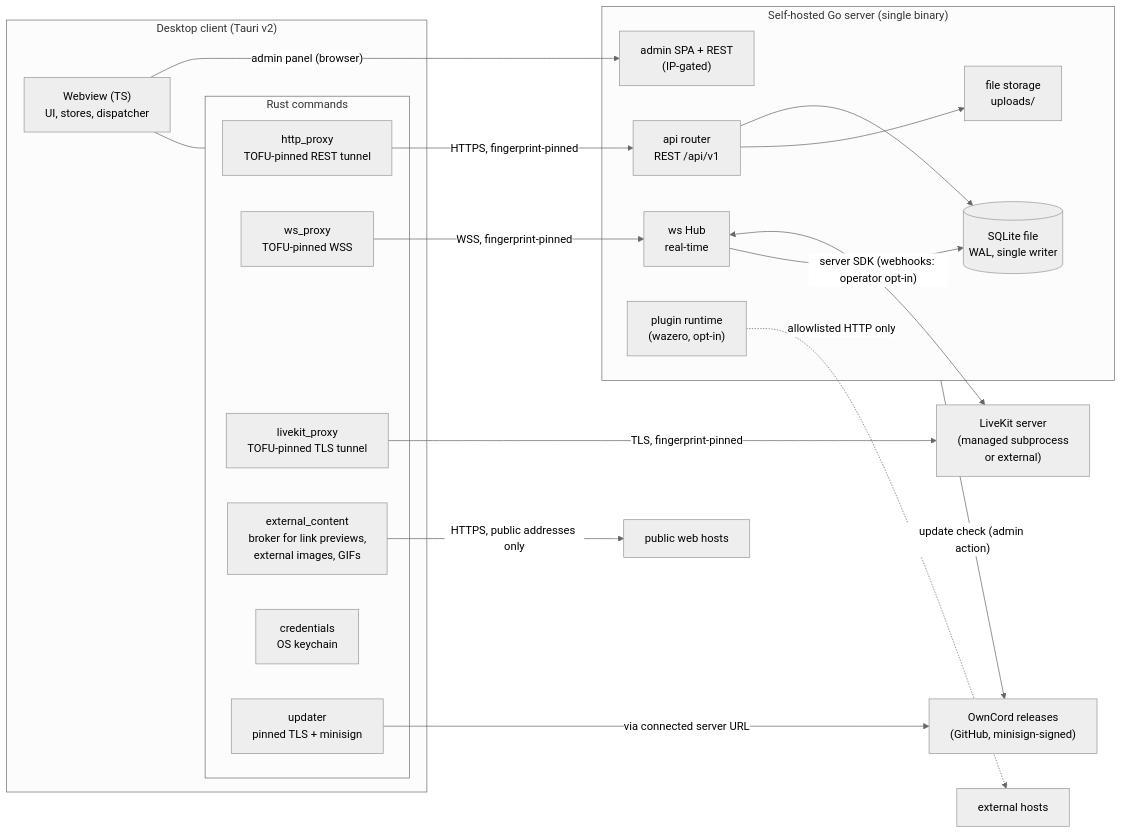
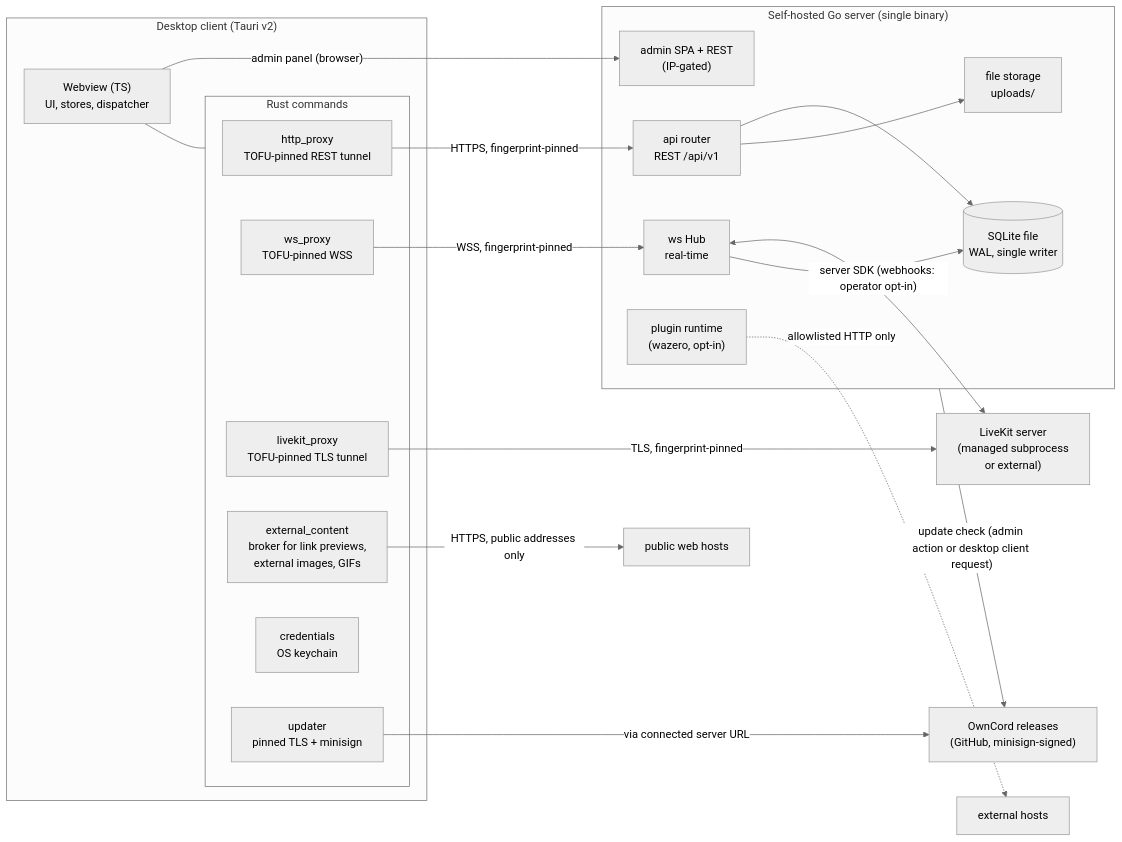
The first of 2 diagrams in docs/architecture/system-overview.md (J3vb/OwnCord), drawn with Mermaid (neutral theme) before and after one commit. The commit also changed 3 other files, not shown here.

First line of the commit message:
docs(architecture): correct four reference claims found in review

````diff
--- a/docs/architecture/system-overview.md
+++ b/docs/architecture/system-overview.md
@@ -19,41 +19,41 @@
 ```mermaid
 flowchart LR
     subgraph desktop ["Desktop client (Tauri v2)"]
         WV["Webview (TS)<br/>UI, stores, dispatcher"]
         subgraph sidecars ["Rust commands"]
             HTP["http_proxy<br/>TOFU-pinned REST tunnel"]
             WSP["ws_proxy<br/>TOFU-pinned WSS"]
             LKP["livekit_proxy<br/>TOFU-pinned TLS tunnel"]
             EXT["external_content<br/>broker for link previews,<br/>external images, GIFs"]
             CRD["credentials<br/>OS keychain"]
             UPD["updater<br/>pinned TLS + minisign"]
         end
         WV --- sidecars
     end
 
     subgraph server ["Self-hosted Go server (single binary)"]
         RTR["api router<br/>REST /api/v1"]
         HUB["ws Hub<br/>real-time"]
         ADM["admin SPA + REST<br/>(IP-gated)"]
         PLG["plugin runtime<br/>(wazero, opt-in)"]
         DBF[("SQLite file<br/>WAL, single writer")]
         UPS["file storage<br/>uploads/"]
     end
 
     LK["LiveKit server<br/>(managed subprocess<br/>or external)"]
     REL["OwnCord releases<br/>(GitHub, minisign-signed)"]
     WEB["public web hosts"]
 
     HTP -->|"HTTPS, fingerprint-pinned"| RTR
     WSP -->|"WSS, fingerprint-pinned"| HUB
     LKP -->|"TLS, fingerprint-pinned"| LK
     EXT -->|"HTTPS, public addresses only"| WEB
     WV -->|"admin panel (browser)"| ADM
     HUB <-->|"server SDK (webhooks: operator opt-in)"| LK
     RTR --> DBF
     HUB --> DBF
     RTR --> UPS
     PLG -.->|"allowlisted HTTP only"| NET["external hosts"]
     UPD -->|"via connected server URL"| REL
-    server -->|"update check (admin action)"| REL
+    server -->|"update check (admin action or desktop client request)"| REL
 ```
````
